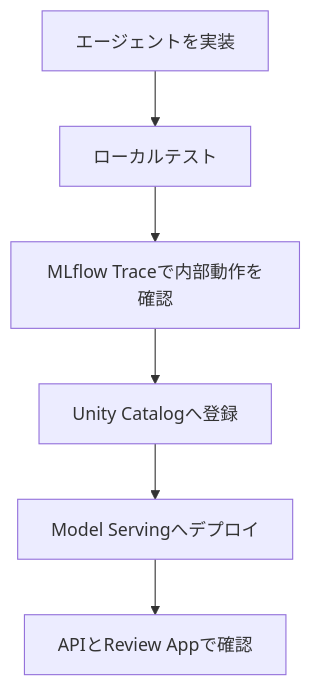
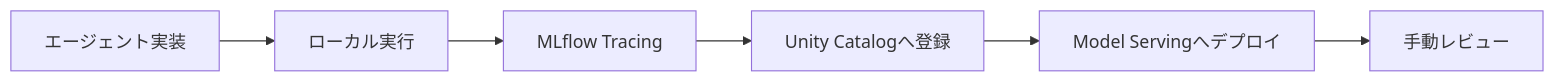
One commit to aymkbyshi/databricks-agentops-customer-support changed the first of 9 diagrams in articles/databricks-agentops-zenn.md. Above: the diagram before and after it, drawn with Mermaid. The commit also changed other lines of this file, not shown here.

Commit message:
Rewrite Zenn article with current architecture and safety guidance

````diff
--- a/articles/databricks-agentops-zenn.md
+++ b/articles/databricks-agentops-zenn.md
@@ -33,8 +52,8 @@
 ```mermaid
-flowchart TD
-    A[エージェントを実装] --> B[ローカルテスト]
-    B --> C[MLflow Traceで内部動作を確認]
+flowchart LR
+    A[エージェント実装] --> B[ローカル実行]
+    B --> C[MLflow Tracing]
     C --> D[Unity Catalogへ登録]
     D --> E[Model Servingへデプロイ]
-    E --> F[APIとReview Appで確認]
+    E --> F[手動レビュー]
 ```
````
